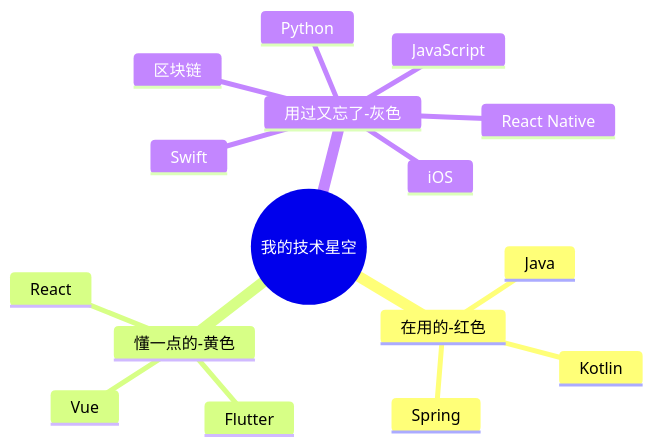
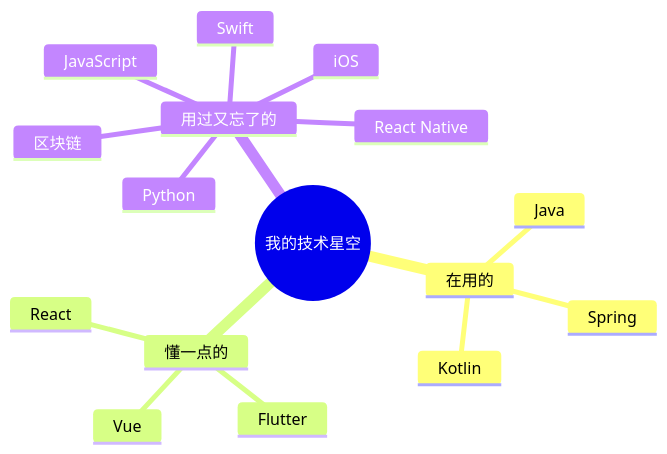
The first of 7 diagrams in packages/website/11.书籍/04.自我精进·学习/07.体系思维很重要.md (chongyang211/YCBookBlog), drawn with Mermaid before and after one commit. The commit also changed other lines of this file and 17 other files, not shown here.

````diff
--- a/packages/website/11.书籍/04.自我精进·学习/07.体系思维很重要.md
+++ b/packages/website/11.书籍/04.自我精进·学习/07.体系思维很重要.md
@@ -46,19 +45,19 @@
 ```mermaid
 mindmap
   root((我的技术星空))
-    在用的-红色
+    在用的
       Java
       Spring
       Kotlin
-    懂一点的-黄色
+    懂一点的
       Vue
       Flutter
       React
-    用过又忘了-灰色
+    用过又忘了的
       Python
       Swift
       React Native
       iOS
       JavaScript
       区块链
 ```
````
